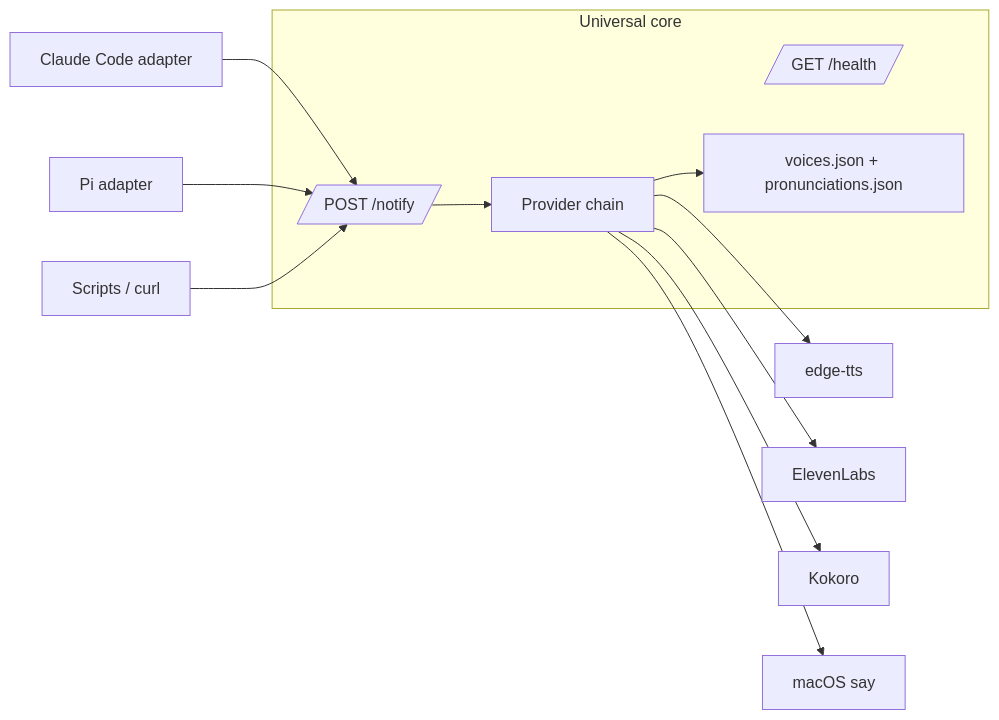
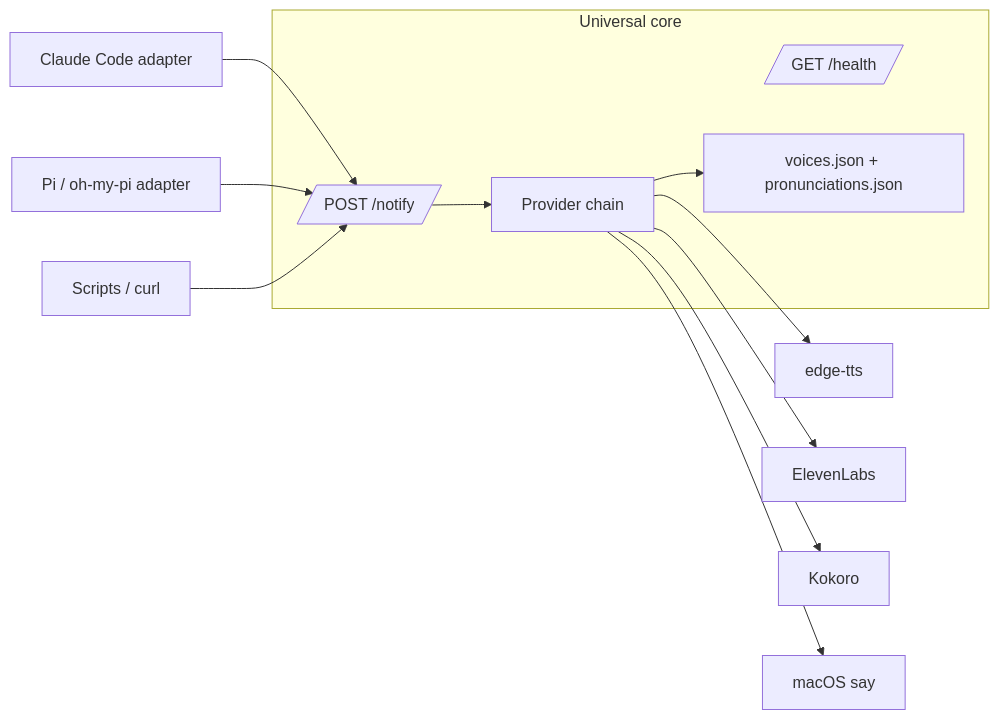
Before and after one commit to edheltzel/Echo: the diagram in README.md, drawn with Mermaid. The commit also changed other lines of this file and 19 other files, not shown here.

````diff
--- a/README.md
+++ b/README.md
@@ -15,18 +16,18 @@
 ```mermaid
 flowchart LR
   ClaudeCode[Claude Code adapter] --> Notify[/POST /notify/]
-  Pi[Pi adapter] --> Notify
+  Pi[Pi / oh-my-pi adapter] --> Notify
   Curl[Scripts / curl] --> Notify
 
   subgraph Core[Universal core]
     Notify --> Providers[Provider chain]
     Health[/GET /health/]
     Config[voices.json + pronunciations.json]
     Providers --> Config
   end
 
   Providers --> Edge[edge-tts]
   Providers --> Eleven[ElevenLabs]
   Providers --> Kokoro[Kokoro]
   Providers --> Say[macOS say]
 ```
````
